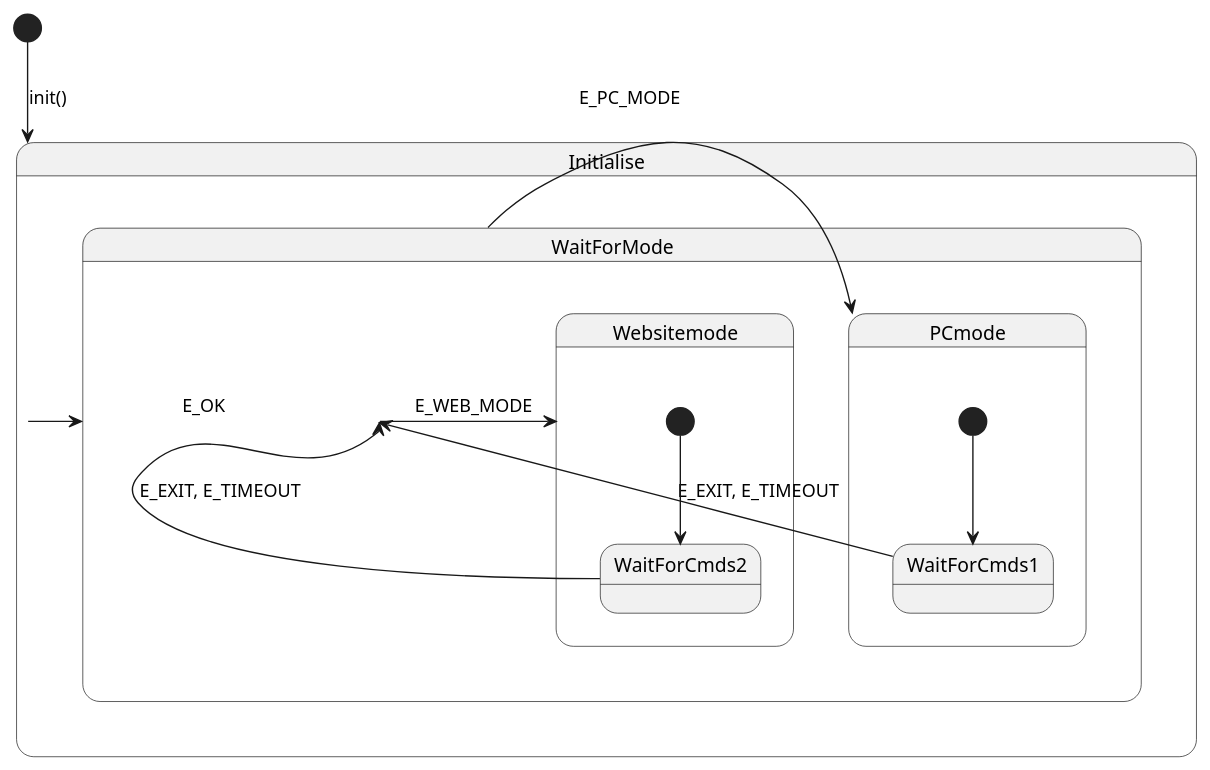
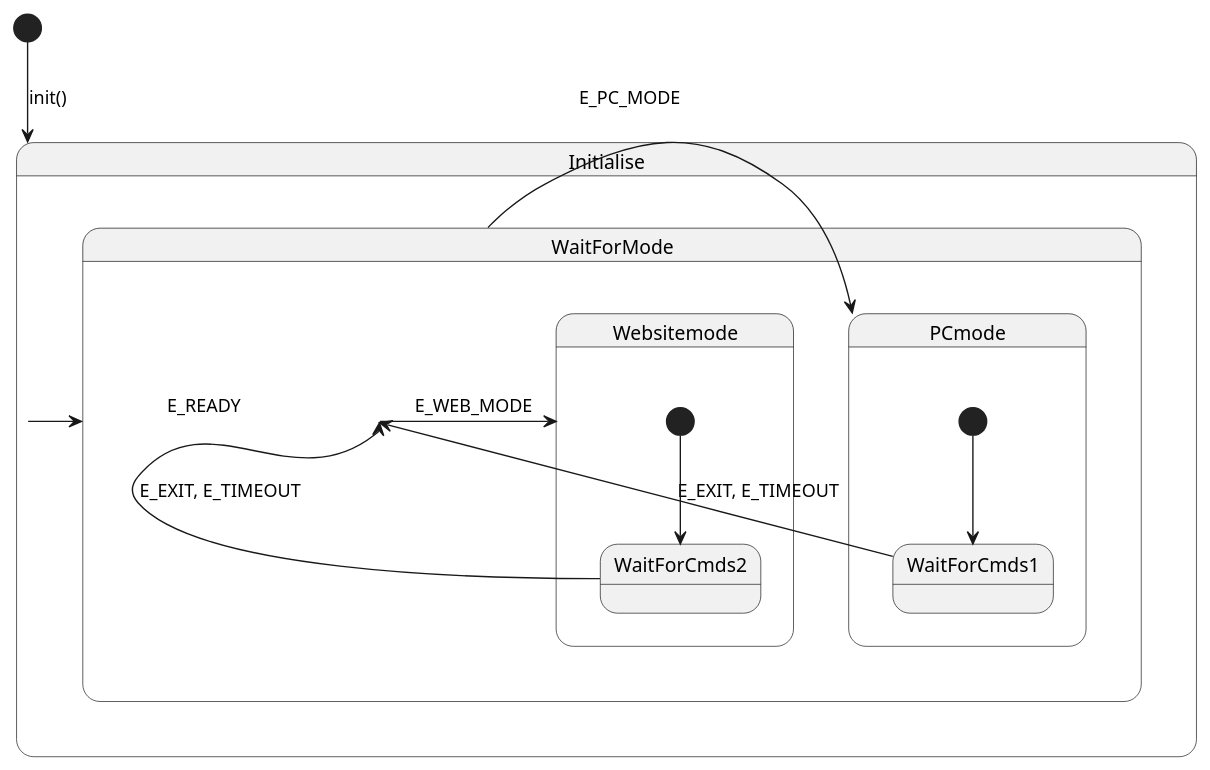
The diagram in UML/state_machine.puml (VvWijhe/Cleanify), drawn with PlantUML before and after one commit. The commit also changed 8 other files, not shown here.

Commit message:
uml diagrams added

```diff
--- a/UML/state_machine.puml
+++ b/UML/state_machine.puml
@@ -1,23 +1,23 @@
 @startuml
 [*] --> Initialise : init()
 
 state Initialise {
 
-  Initialise -> WaitForMode : E_OK
+  Initialise -> WaitForMode : E_READY
 }
 
 state WaitForMode {
   WaitForMode -> PCmode : E_PC_MODE
   WaitForMode -> Websitemode : E_WEB_MODE
 }
 
 state PCmode {
   [*] --> WaitForCmds1
   WaitForCmds1 -up> WaitForMode : E_EXIT, E_TIMEOUT
 }
 
 state Websitemode {
   [*] --> WaitForCmds2
   WaitForCmds2 -up> WaitForMode : E_EXIT, E_TIMEOUT
 }
 @enduml
```
